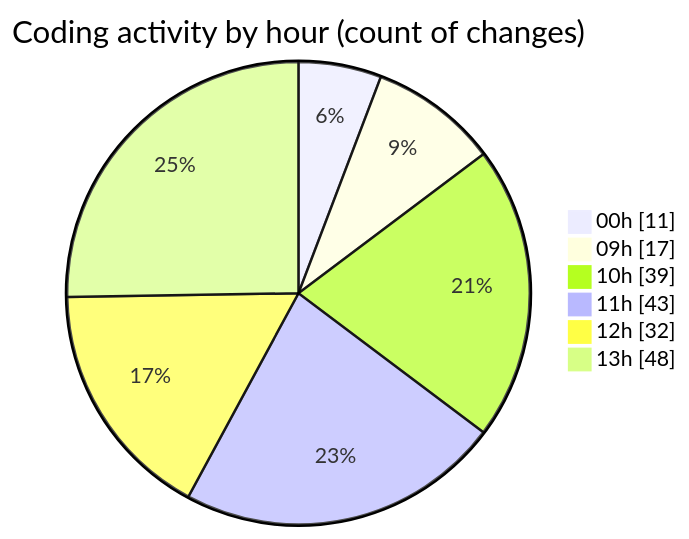
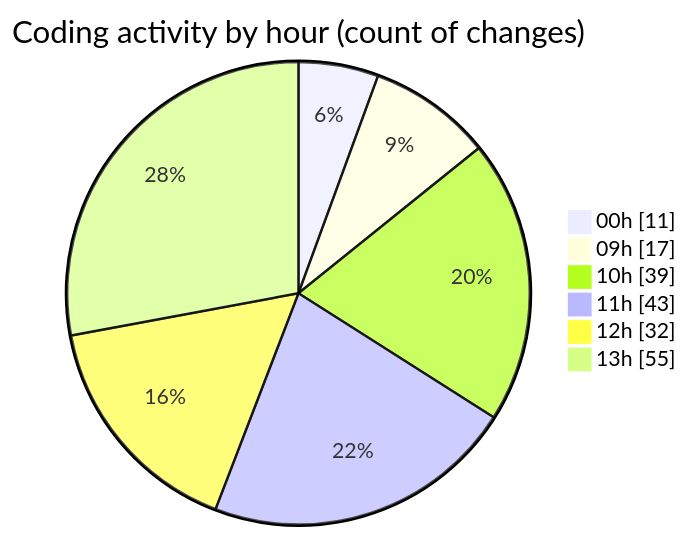
Before and after one commit to momahboobian/code-tracking: the second of 2 diagrams in 2026-09-02/cda/README.md, drawn with Mermaid. The commit also changed other lines of this file and 1 other file, not shown here.

````diff
--- a/2026-09-02/cda/README.md
+++ b/2026-09-02/cda/README.md
@@ -52,10 +55,10 @@
 ```mermaid
 pie showData
 title Coding activity by hour (count of changes)
 "00h" : 11
 "09h" : 17
 "10h" : 39
 "11h" : 43
 "12h" : 32
-"13h" : 48
+"13h" : 55
 ```
````
